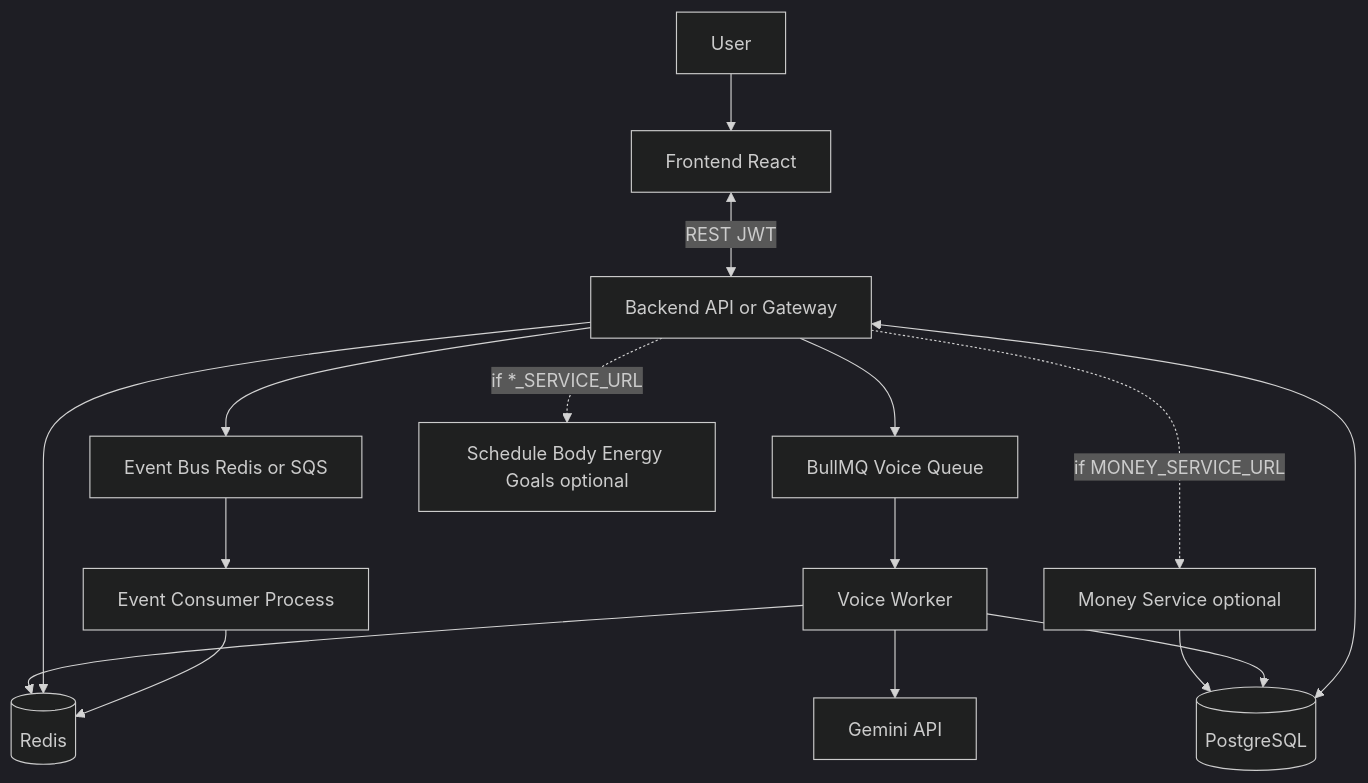
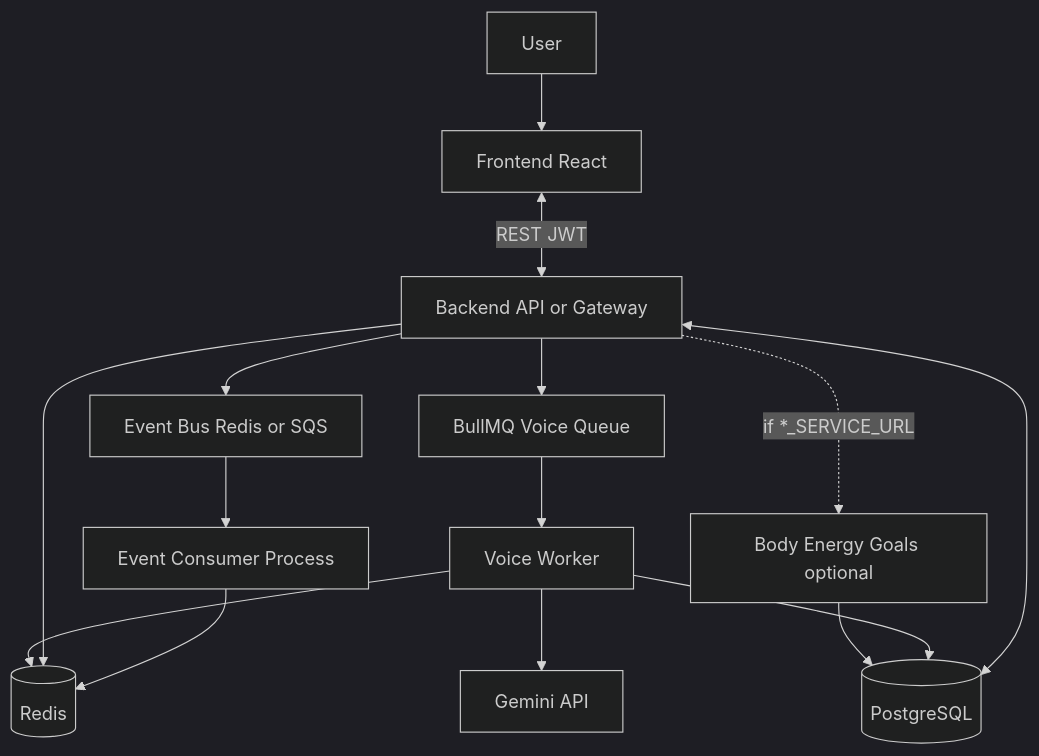
The diagram in README.md (YoniRipp/BMe), drawn with Mermaid (dark theme) before and after one commit. The commit also changed other lines of this file and 3 other files, not shown here.

````diff
--- a/README.md
+++ b/README.md
@@ -54,31 +44,29 @@
 ```mermaid
 flowchart TB
   User[User]
   Frontend[Frontend React]
   Gateway[Backend API or Gateway]
   Redis[(Redis)]
   DB[(PostgreSQL)]
   Queue[BullMQ Voice Queue]
   Worker[Voice Worker]
   Gemini[Gemini API]
   EventBus[Event Bus Redis or SQS]
   EventConsumer[Event Consumer Process]
-  MoneySvc[Money Service optional]
-  OtherSvcs[Schedule Body Energy Goals optional]
+  ExtractedSvcs[Body Energy Goals optional]
 
   User --> Frontend
   Frontend <-->|"REST JWT"| Gateway
   Gateway <--> DB
   Gateway --> EventBus
   EventBus --> EventConsumer
   EventConsumer --> Redis
   Gateway --> Redis
   Gateway --> Queue
   Queue --> Worker
   Worker --> Gemini
   Worker --> Redis
   Worker --> DB
-  Gateway -.->|"if MONEY_SERVICE_URL"| MoneySvc
-  Gateway -.->|"if *_SERVICE_URL"| OtherSvcs
-  MoneySvc --> DB
+  Gateway -.->|"if *_SERVICE_URL"| ExtractedSvcs
+  ExtractedSvcs --> DB
 ```
````
